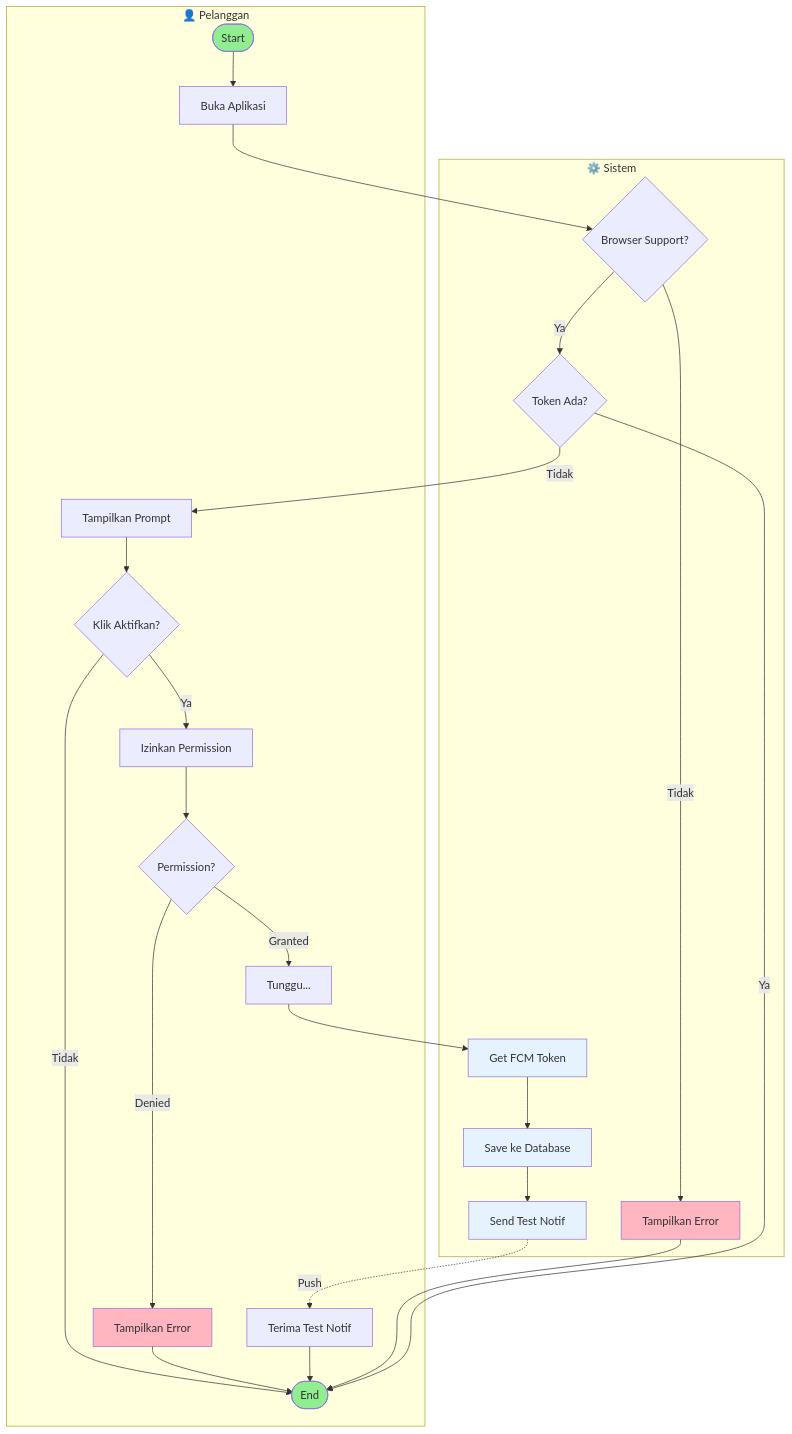
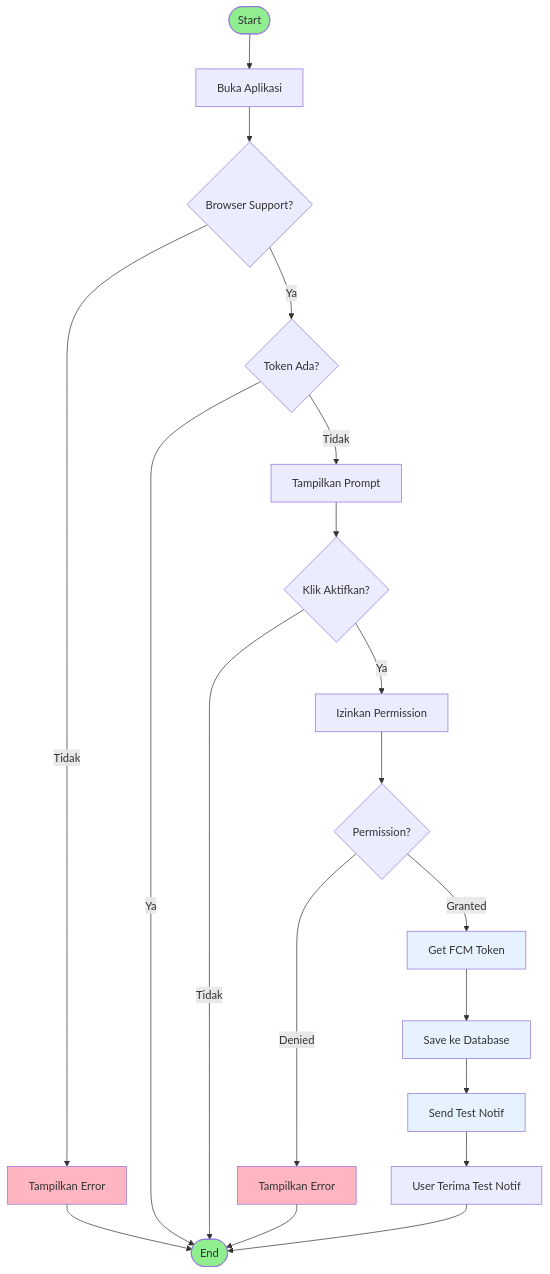
One commit to FarhanEfendi21/FlowDay changed the ninth of 11 diagrams in ACTIVITY_DIAGRAMS.md. Above: the diagram before and after it, drawn with Mermaid. The commit also changed other lines of this file, not shown here.

Commit message:
fix activity diagram

````diff
--- a/ACTIVITY_DIAGRAMS.md
+++ b/ACTIVITY_DIAGRAMS.md
@@ -364,38 +340,29 @@
 ```mermaid
-graph TD
-    subgraph User["👤 Pelanggan"]
-        A([Start]) --> B[Buka Aplikasi]
-        C[Tampilkan Prompt] --> D{Klik Aktifkan?}
-        D -->|Tidak| E([End])
-        D -->|Ya| F[Izinkan Permission]
-        F --> G{Permission?}
-        G -->|Denied| H[Tampilkan Error]
-        H --> E
-        G -->|Granted| I[Tunggu...]
-        J[Terima Test Notif] --> E
-    end
-    
-    subgraph System["⚙️ Sistem"]
-        K{Browser Support?}
-        K -->|Tidak| L[Tampilkan Error]
-        L --> E
-        K -->|Ya| M{Token Ada?}
-        M -->|Ya| E
-        M -->|Tidak| C
-        N[Get FCM Token]
-        N --> O[Save ke Database]
-        O --> P[Send Test Notif]
-        P -.->|Push| J
-    end
-    
-    B --> K
-    I --> N
+flowchart TB
+    Start([Start]) --> A[Buka Aplikasi]
+    A --> B{Browser Support?}
+    B -->|Tidak| C[Tampilkan Error]
+    C --> End([End])
+    B -->|Ya| D{Token Ada?}
+    D -->|Ya| End
+    D -->|Tidak| E[Tampilkan Prompt]
+    E --> F{Klik Aktifkan?}
+    F -->|Tidak| End
+    F -->|Ya| G[Izinkan Permission]
+    G --> H{Permission?}
+    H -->|Denied| I[Tampilkan Error]
+    I --> End
+    H -->|Granted| J[Get FCM Token]
+    J --> K[Save ke Database]
+    K --> L[Send Test Notif]
+    L --> M[User Terima Test Notif]
+    M --> End
 
-    style A fill:#90EE90
-    style E fill:#90EE90
-    style H fill:#FFB6C1
-    style L fill:#FFB6C1
-    style N fill:#E6F3FF
-    style O fill:#E6F3FF
-    style P fill:#E6F3FF
+    style Start fill:#90EE90
+    style End fill:#90EE90
+    style C fill:#FFB6C1
+    style I fill:#FFB6C1
+    style J fill:#E6F3FF
+    style K fill:#E6F3FF
+    style L fill:#E6F3FF
 ```
````
